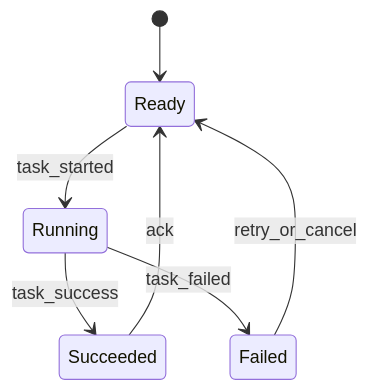
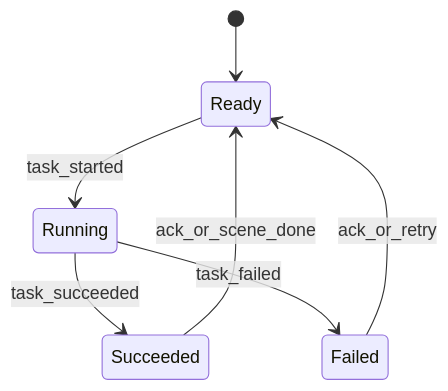
Before and after one commit to soyangBaek/RIO: the fourth of 4 diagrams in docs/state-machine.md, drawn with Mermaid. The commit also changed other lines of this file and 15 other files, not shown here.

````diff
--- a/docs/state-machine.md
+++ b/docs/state-machine.md
@@ -113,9 +112,9 @@
 ```mermaid
 stateDiagram-v2
     [*] --> Ready
     Ready --> Running : task_started
-    Running --> Succeeded : task_success
+    Running --> Succeeded : task_succeeded
     Running --> Failed : task_failed
-    Succeeded --> Ready : ack
-    Failed --> Ready : retry_or_cancel
+    Succeeded --> Ready : ack_or_scene_done
+    Failed --> Ready : ack_or_retry
 ```
````
